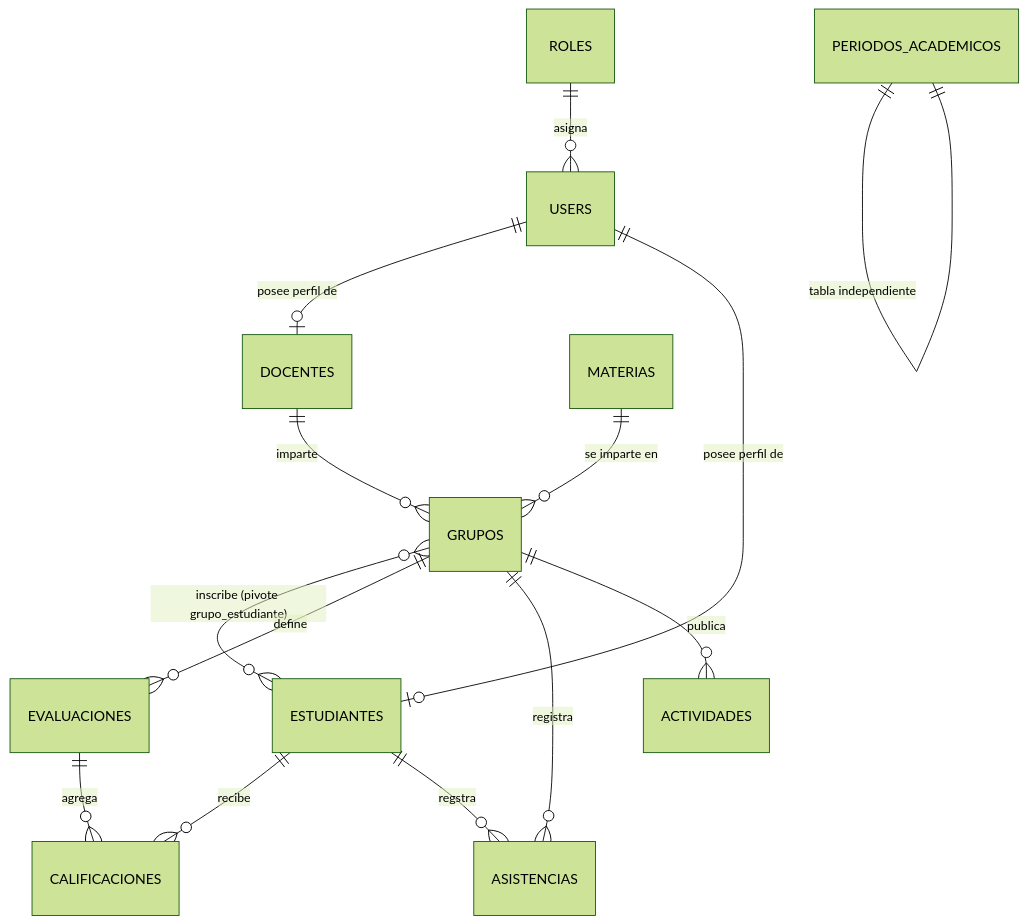
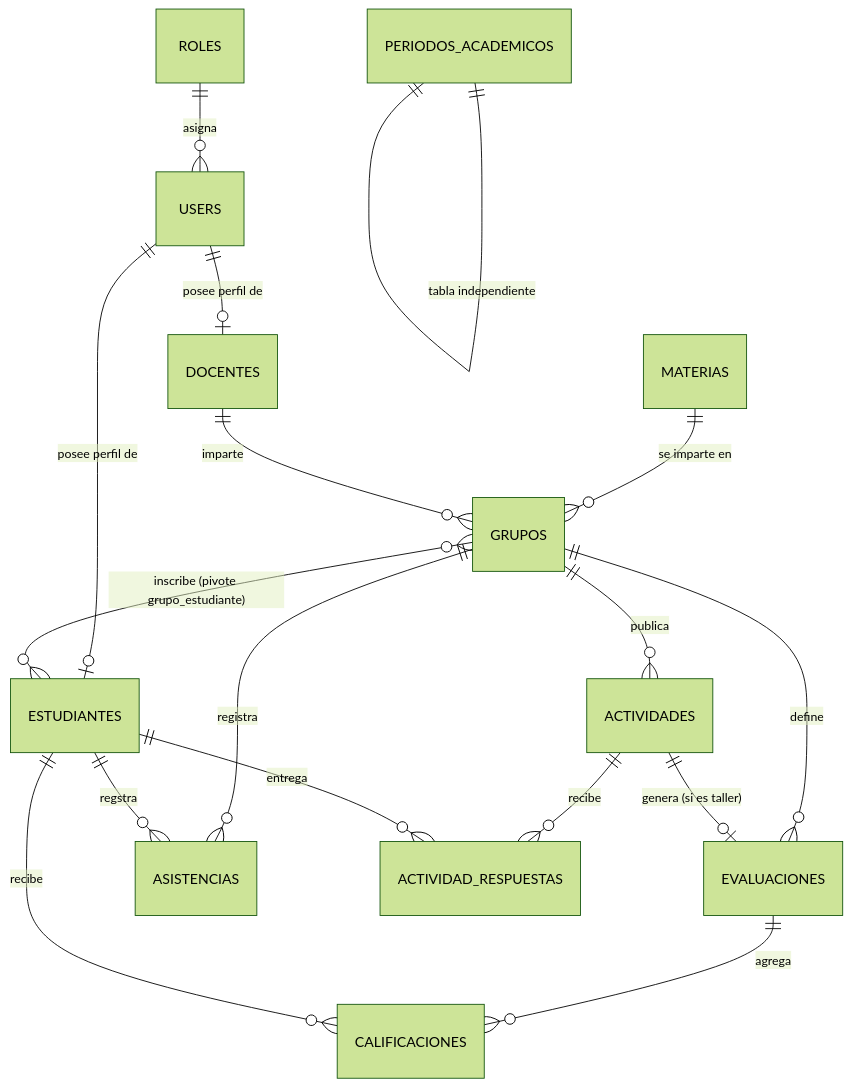
The diagram in docs/base_datos.md (deivi552009-lang/portal_estudio), drawn with Mermaid (forest theme) before and after one commit. The commit also changed other lines of this file and 13 other files, not shown here.

````diff
--- a/docs/base_datos.md
+++ b/docs/base_datos.md
@@ -30,17 +31,20 @@
 ```mermaid
 erDiagram
     ROLES ||--o{ USERS : "asigna"
     USERS ||--o| DOCENTES : "posee perfil de"
     USERS ||--o| ESTUDIANTES : "posee perfil de"
     MATERIAS ||--o{ GRUPOS : "se imparte en"
     DOCENTES ||--o{ GRUPOS : "imparte"
     GRUPOS }o--o{ ESTUDIANTES : "inscribe (pivote grupo_estudiante)"
     GRUPOS ||--o{ EVALUACIONES : "define"
     EVALUACIONES ||--o{ CALIFICACIONES : "agrega"
     ESTUDIANTES ||--o{ CALIFICACIONES : "recibe"
     GRUPOS ||--o{ ASISTENCIAS : "registra"
     ESTUDIANTES ||--o{ ASISTENCIAS : "regstra"
     GRUPOS ||--o{ ACTIVIDADES : "publica"
+    ACTIVIDADES ||--o| EVALUACIONES : "genera (si es taller)"
+    ACTIVIDADES ||--o{ ACTIVIDAD_RESPUESTAS : "recibe"
+    ESTUDIANTES ||--o{ ACTIVIDAD_RESPUESTAS : "entrega"
 
     PERIODOS_ACADEMICOS ||--|| PERIODOS_ACADEMICOS : "tabla independiente"
 ```
````
